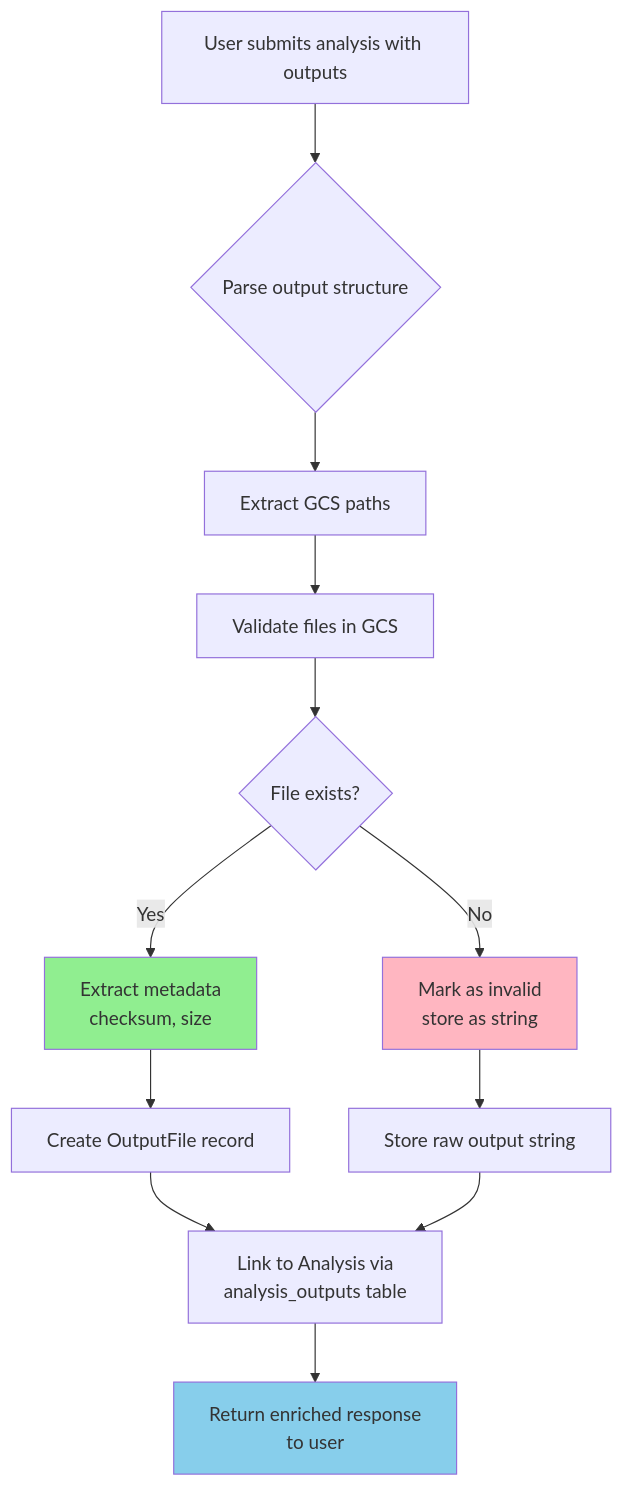
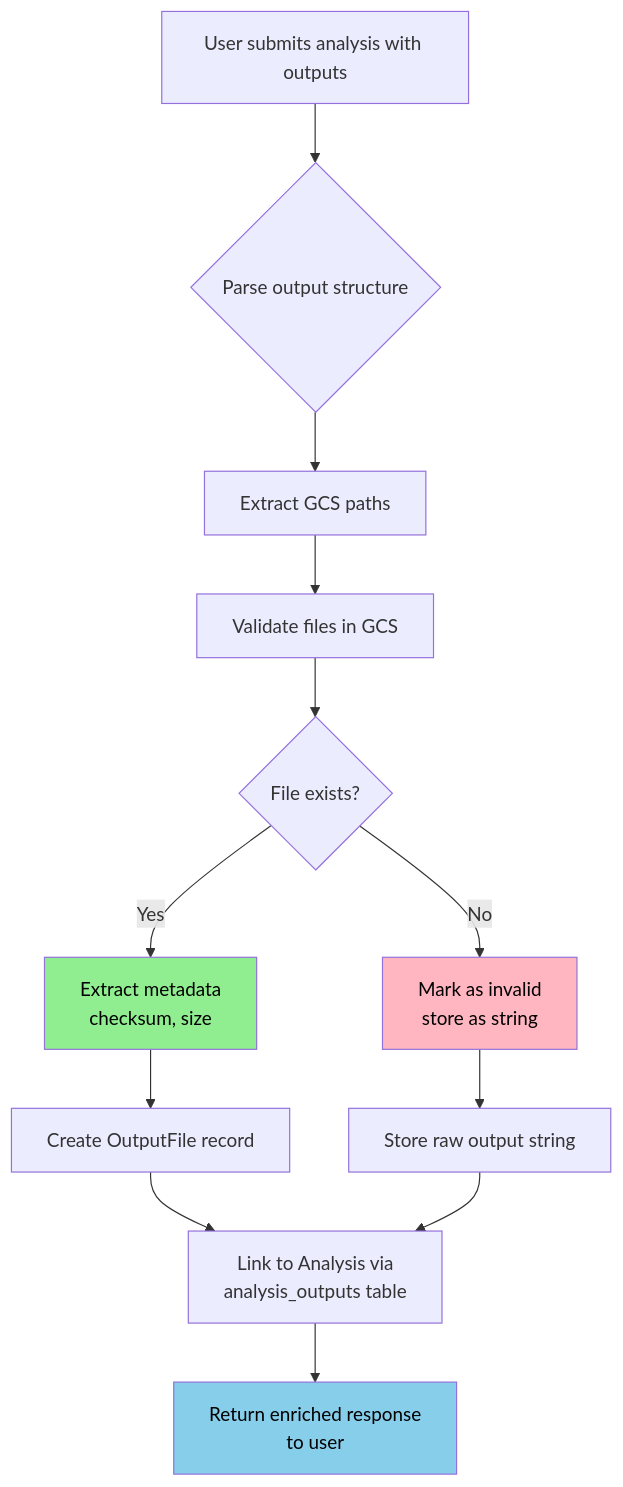
One commit to populationgenomics/metamist changed the first of 3 diagrams in docs/output_file_model_documentation.md. Above: the diagram before and after it, drawn with Mermaid. The commit also changed other lines of this file and 2 other files, not shown here.

````diff
--- a/docs/output_file_model_documentation.md
+++ b/docs/output_file_model_documentation.md
@@ -203,18 +153,18 @@
 ```mermaid
 graph TD
     A[User submits analysis with outputs] --> B{Parse output structure}
     B --> C[Extract GCS paths]
     C --> D[Validate files in GCS]
     D --> E{File exists?}
     E -->|Yes| F[Extract metadata<br/>checksum, size]
     E -->|No| G[Mark as invalid<br/>store as string]
     F --> H[Create OutputFile record]
     G --> I[Store raw output string]
     H --> J[Link to Analysis via<br/>analysis_outputs table]
     I --> J
     J --> K[Return enriched response<br/>to user]
 
-    style F fill:#90EE90
-    style G fill:#FFB6C1
-    style K fill:#87CEEB
+    style F fill:#90EE90,color:black
+    style G fill:#FFB6C1,color:black
+    style K fill:#87CEEB,color:black
 ```
````
